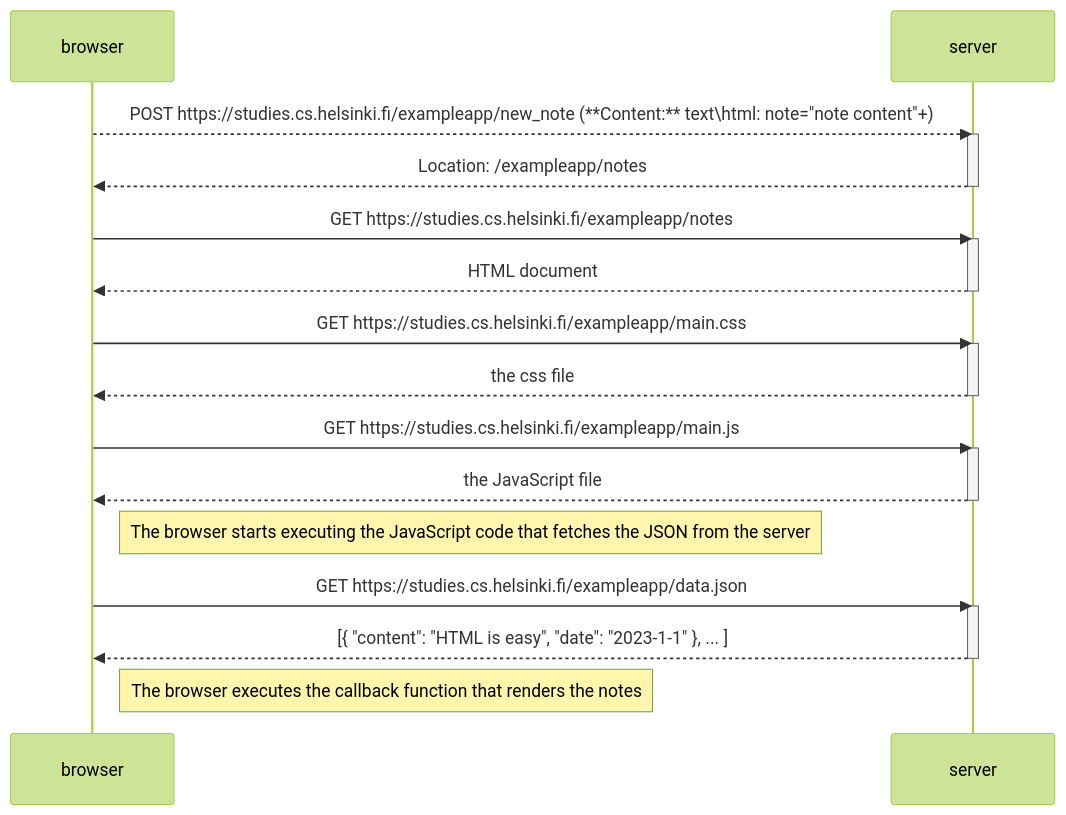
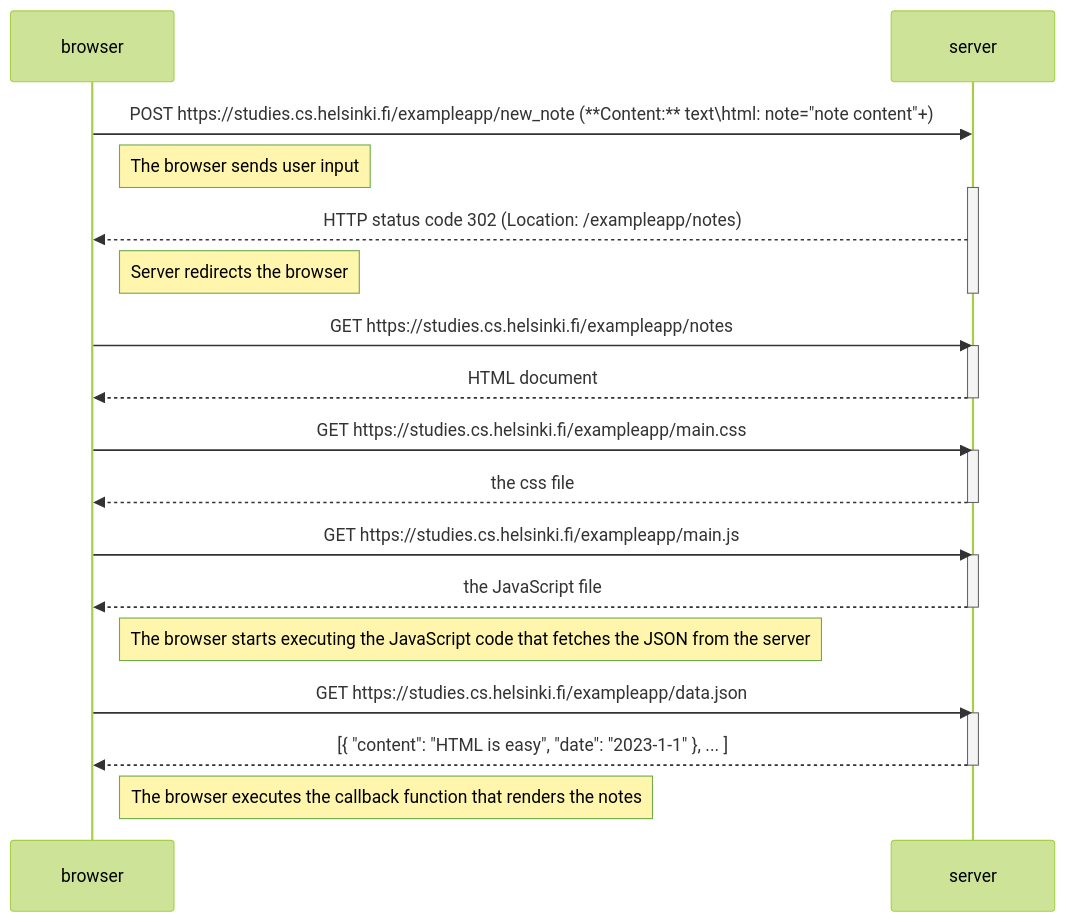
The diagram in diagram.md (Gr701/intro), drawn with Mermaid (forest theme) before and after one commit.

````diff
--- a/diagram.md
+++ b/diagram.md
@@ -1,33 +1,35 @@
 ```mermaid
     sequenceDiagram
                 
-        browser-->>server: POST https://studies.cs.helsinki.fi/exampleapp/new_note (**Content:** text\html: note="note content"+)
+        browser->>server: POST https://studies.cs.helsinki.fi/exampleapp/new_note (**Content:** text\html: note="note content"+)
+        Note right of browser: The browser sends user input
         activate server
-        server-->>browser: Location: /exampleapp/notes
+        server-->>browser: HTTP status code 302 (Location: /exampleapp/notes)
+        Note right of browser: Server redirects the browser
         deactivate server
 
         browser->>server: GET https://studies.cs.helsinki.fi/exampleapp/notes
         activate server
         server-->>browser: HTML document
         deactivate server
     
         browser->>server: GET https://studies.cs.helsinki.fi/exampleapp/main.css
         activate server
         server-->>browser: the css file
         deactivate server
     
         browser->>server: GET https://studies.cs.helsinki.fi/exampleapp/main.js
         activate server
         server-->>browser: the JavaScript file
         deactivate server
     
         Note right of browser: The browser starts executing the JavaScript code that fetches the JSON from the server
     
         browser->>server: GET https://studies.cs.helsinki.fi/exampleapp/data.json
         activate server
         server-->>browser: [{ "content": "HTML is easy", "date": "2023-1-1" }, ... ]
         deactivate server
     
         Note right of browser: The browser executes the callback function that renders the notes
                              
 ```
````
